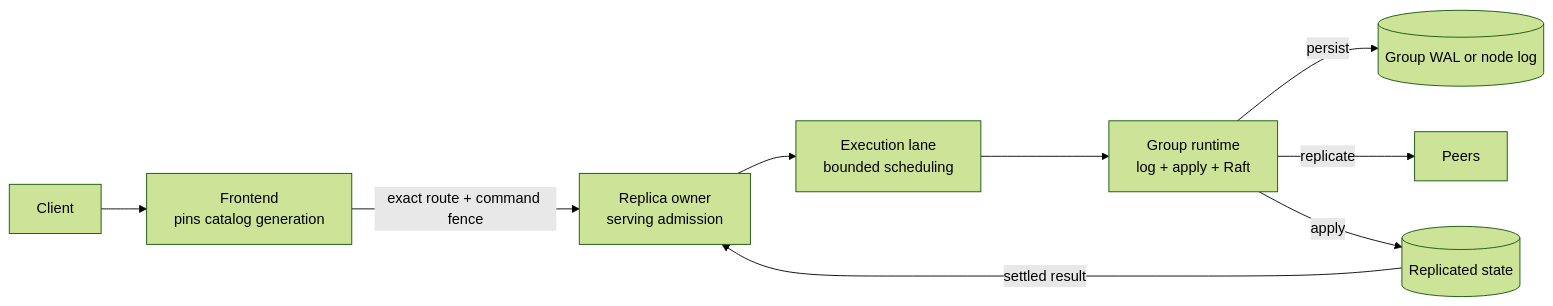
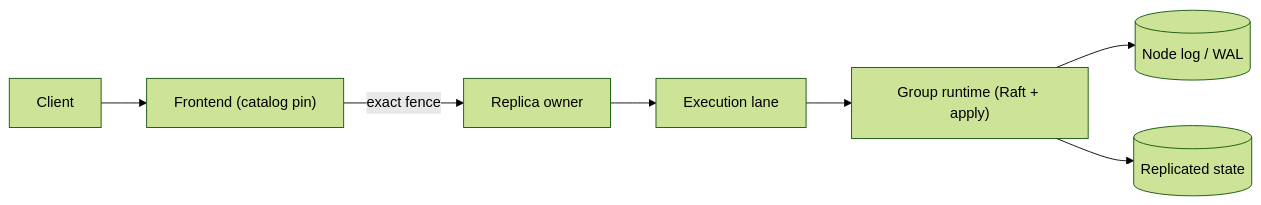
The diagram in docs/operations/distributed.md (thesyncim/vibedb), drawn with Mermaid (forest theme) before and after one commit. The commit also changed other lines of this file and 1871 other files, not shown here.

````diff
--- a/docs/operations/distributed.md
+++ b/docs/operations/distributed.md
@@ -32,11 +11,9 @@
 ```mermaid
 flowchart LR
-    C[Client] --> F["Frontend<br/>pins catalog generation"]
-    F -->|exact route + command fence| O["Replica owner<br/>serving admission"]
-    O --> H["Execution lane<br/>bounded scheduling"]
-    H --> R["Group runtime<br/>log + apply + Raft"]
-    R -->|persist| W[(Group WAL or node log)]
-    R -->|replicate| P[Peers]
-    R -->|apply| M[(Replicated state)]
-    M -->|settled result| O
+    C[Client] --> F["Frontend (catalog pin)"]
+    F -->|exact fence| O["Replica owner"]
+    O --> H["Execution lane"]
+    H --> R["Group runtime (Raft + apply)"]
+    R --> W[(Node log / WAL)]
+    R --> M[(Replicated state)]
 ```
````
